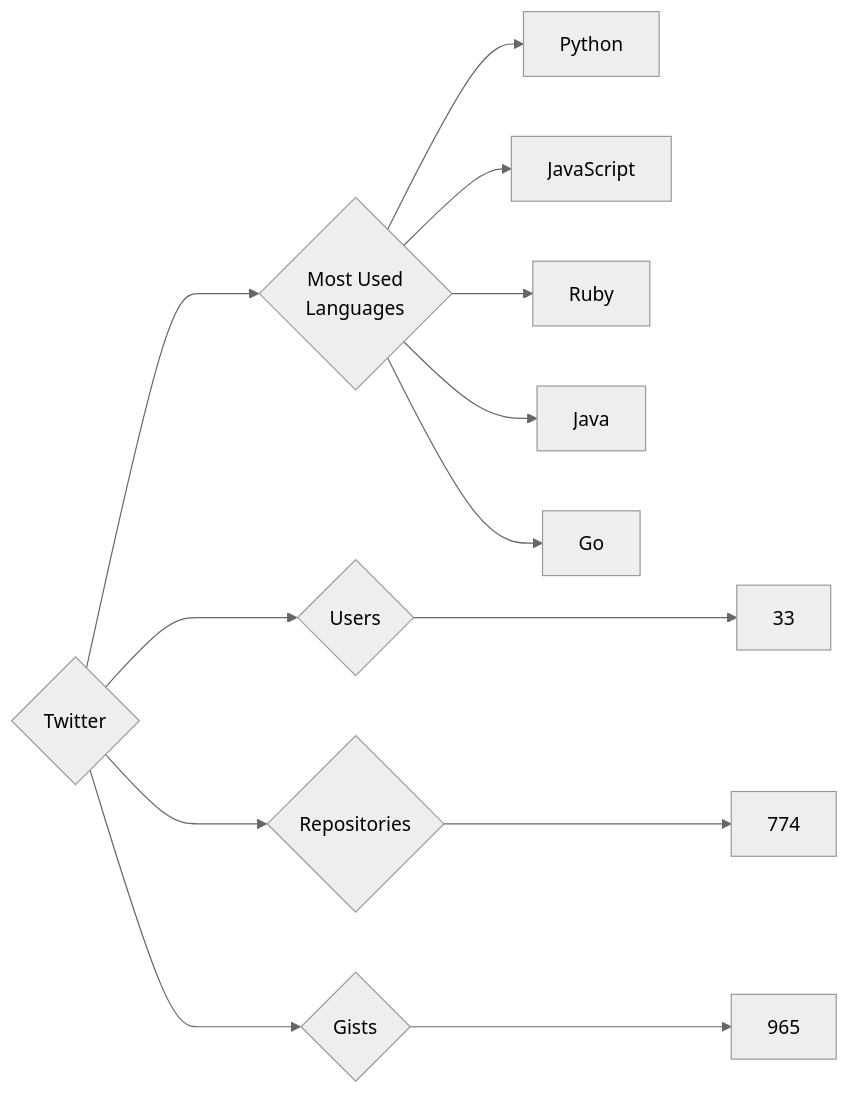
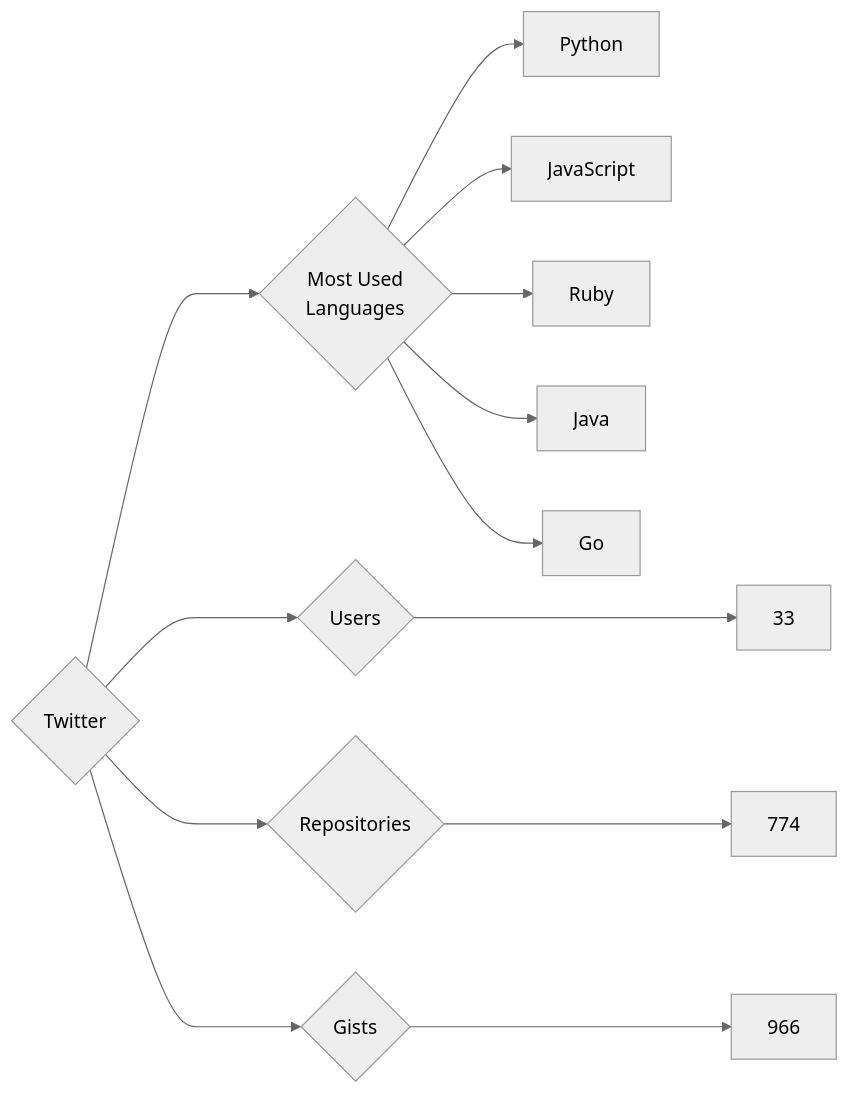
One commit to trickest/insiders changed the diagram in targets/Twitter/README.md. Above: the diagram before and after it, drawn with Mermaid (neutral theme). The commit also changed 953 other files, not shown here.

````diff
--- a/targets/Twitter/README.md
+++ b/targets/Twitter/README.md
@@ -3,13 +3,13 @@
 ```mermaid
 graph LR
 COMPANY_NAME{Twitter}
 COMPANY_NAME ---> U{Users} ---> UN[33]
 COMPANY_NAME ---> R{Repositories} ---> RN[774]
-COMPANY_NAME ---> G{Gists} ---> GN[965]
+COMPANY_NAME ---> G{Gists} ---> GN[966]
 COMPANY_NAME ---> ML{Most Used<br>Languages}
 ML --> Python[Python]
 ML --> JavaScript[JavaScript]
 ML --> Ruby[Ruby]
 ML --> Java[Java]
 ML --> Go[Go]
 ```
````
